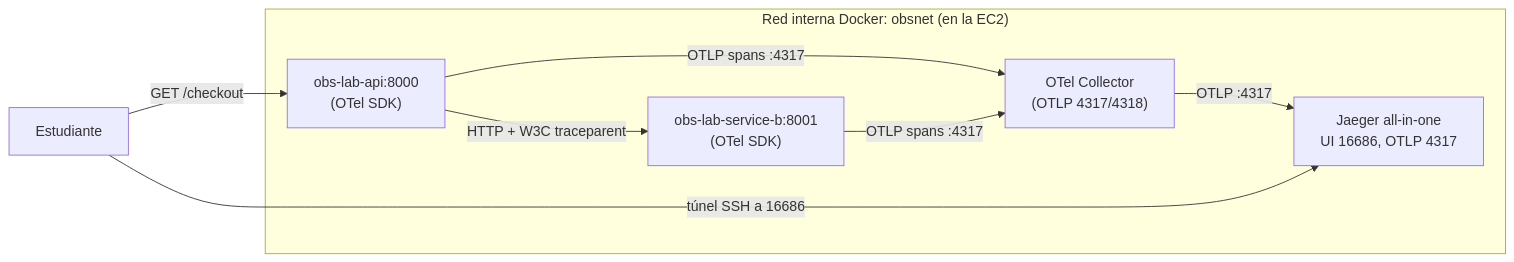
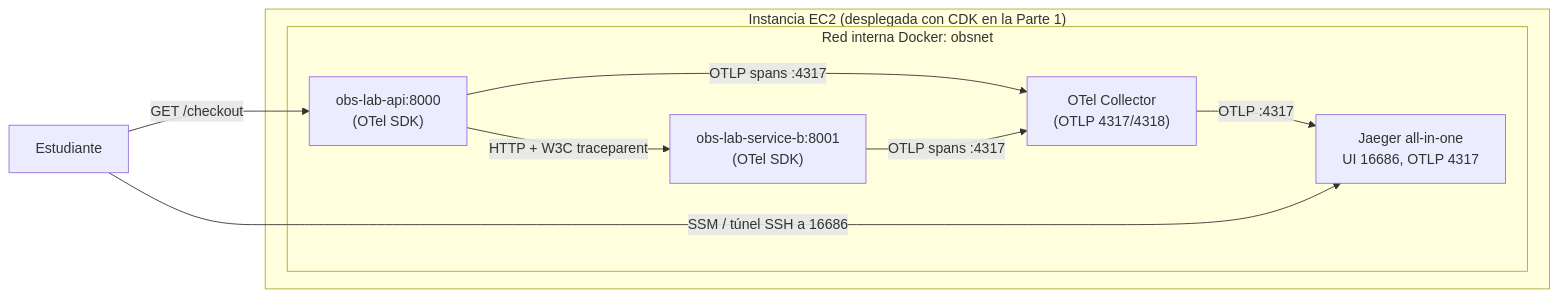
Before and after one commit to AWS-Cloud-Club-at-Universidad-del-Valle/challenge-sre: the diagram in 02-trazas-distribuidas-opentelemetry-jaeger.md, drawn with Mermaid. The commit also changed other lines of this file and 3 other files, not shown here.

````diff
--- a/02-trazas-distribuidas-opentelemetry-jaeger.md
+++ b/02-trazas-distribuidas-opentelemetry-jaeger.md
@@ -67,17 +68,19 @@
 ```mermaid
 flowchart LR
   DEV["Estudiante"] -- "GET /checkout" --> API
 
-  subgraph obsnet["Red interna Docker: obsnet (en la EC2)"]
-    API["obs-lab-api:8000\n(OTel SDK)"]
-    SB["obs-lab-service-b:8001\n(OTel SDK)"]
-    COL["OTel Collector\n(OTLP 4317/4318)"]
-    JAEG["Jaeger all-in-one\nUI 16686, OTLP 4317"]
+  subgraph EC2["Instancia EC2 (desplegada con CDK en la Parte 1)"]
+    subgraph obsnet["Red interna Docker: obsnet"]
+      API["obs-lab-api:8000\n(OTel SDK)"]
+      SB["obs-lab-service-b:8001\n(OTel SDK)"]
+      COL["OTel Collector\n(OTLP 4317/4318)"]
+      JAEG["Jaeger all-in-one\nUI 16686, OTLP 4317"]
+    end
   end
 
   API -- "HTTP + W3C traceparent" --> SB
   API -- "OTLP spans :4317" --> COL
   SB  -- "OTLP spans :4317" --> COL
   COL -- "OTLP :4317" --> JAEG
-  DEV -- "túnel SSH a 16686" --> JAEG
+  DEV -- "SSM / túnel SSH a 16686" --> JAEG
 ```
````
